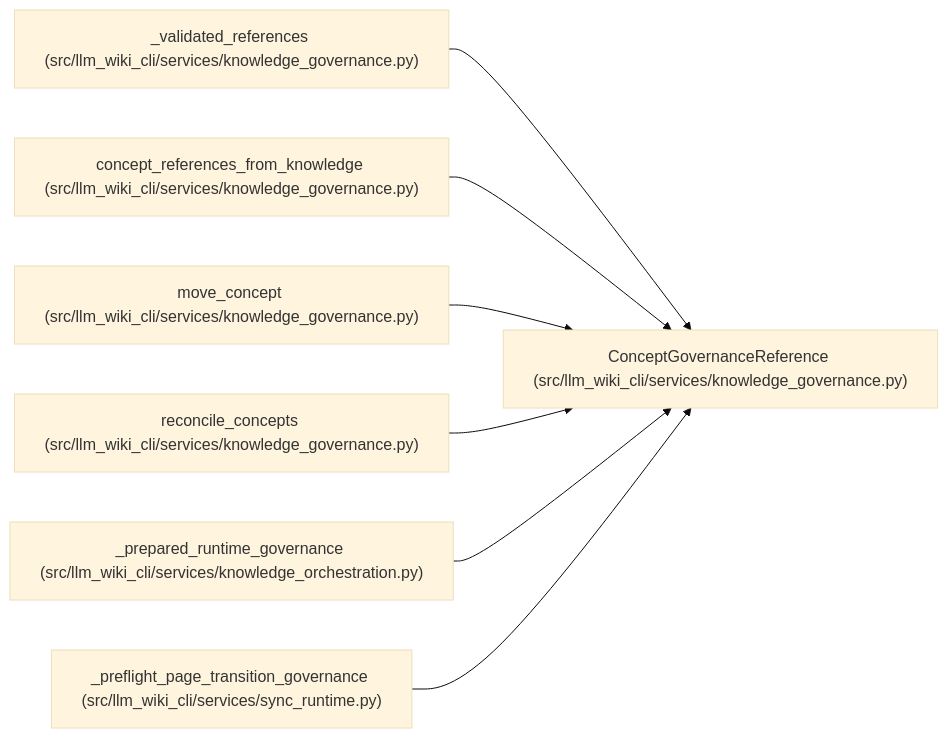
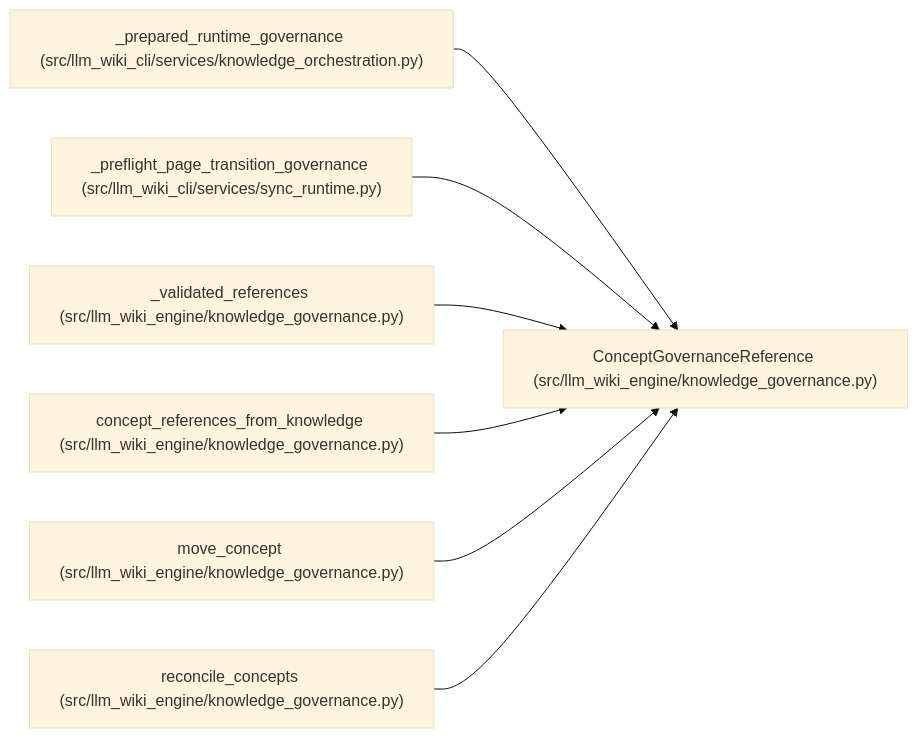
One commit to Denissvgn/python-wiki-llm changed the diagram in docs/llm_wiki/entities/ConceptGovernanceReference.md. Above: the diagram before and after it, drawn with Mermaid (base theme). The commit also changed other lines of this file and 1058 other files, not shown here.

First line of the commit message:
docs: refresh the wiki for the knowledge store move

````diff
--- a/docs/llm_wiki/entities/ConceptGovernanceReference.md
+++ b/docs/llm_wiki/entities/ConceptGovernanceReference.md
@@ -29,23 +29,23 @@
 ```mermaid
 flowchart LR
-    n0["ConceptGovernanceReference (src/llm_wiki_cli/services/knowledge_governance.py)"]
-    n1["_validated_references (src/llm_wiki_cli/services/knowledge_governance.py)"]
-    n2["concept_references_from_knowledge (src/llm_wiki_cli/services/knowledge_governance.py)"]
-    n3["move_concept (src/llm_wiki_cli/services/knowledge_governance.py)"]
-    n4["reconcile_concepts (src/llm_wiki_cli/services/knowledge_governance.py)"]
-    n5["_prepared_runtime_governance (src/llm_wiki_cli/services/knowledge_orchestration.py)"]
-    n6["_preflight_page_transition_governance (src/llm_wiki_cli/services/sync_runtime.py)"]
+    n0["ConceptGovernanceReference (src/llm_wiki_engine/knowledge_governance.py)"]
+    n1["_prepared_runtime_governance (src/llm_wiki_cli/services/knowledge_orchestration.py)"]
+    n2["_preflight_page_transition_governance (src/llm_wiki_cli/services/sync_runtime.py)"]
+    n3["_validated_references (src/llm_wiki_engine/knowledge_governance.py)"]
+    n4["concept_references_from_knowledge (src/llm_wiki_engine/knowledge_governance.py)"]
+    n5["move_concept (src/llm_wiki_engine/knowledge_governance.py)"]
+    n6["reconcile_concepts (src/llm_wiki_engine/knowledge_governance.py)"]
     n1 --> n0
     n2 --> n0
     n3 --> n0
     n4 --> n0
     n5 --> n0
     n6 --> n0
     click n0 "../modules/knowledge_governance.md"
-    click n1 "../modules/knowledge_governance.md"
-    click n2 "../modules/knowledge_governance.md"
+    click n1 "../modules/knowledge_orchestration.md"
+    click n2 "../modules/sync_runtime.md"
     click n3 "../modules/knowledge_governance.md"
     click n4 "../modules/knowledge_governance.md"
-    click n5 "../modules/knowledge_orchestration.md"
-    click n6 "../modules/sync_runtime.md"
+    click n5 "../modules/knowledge_governance.md"
+    click n6 "../modules/knowledge_governance.md"
 ```
````
